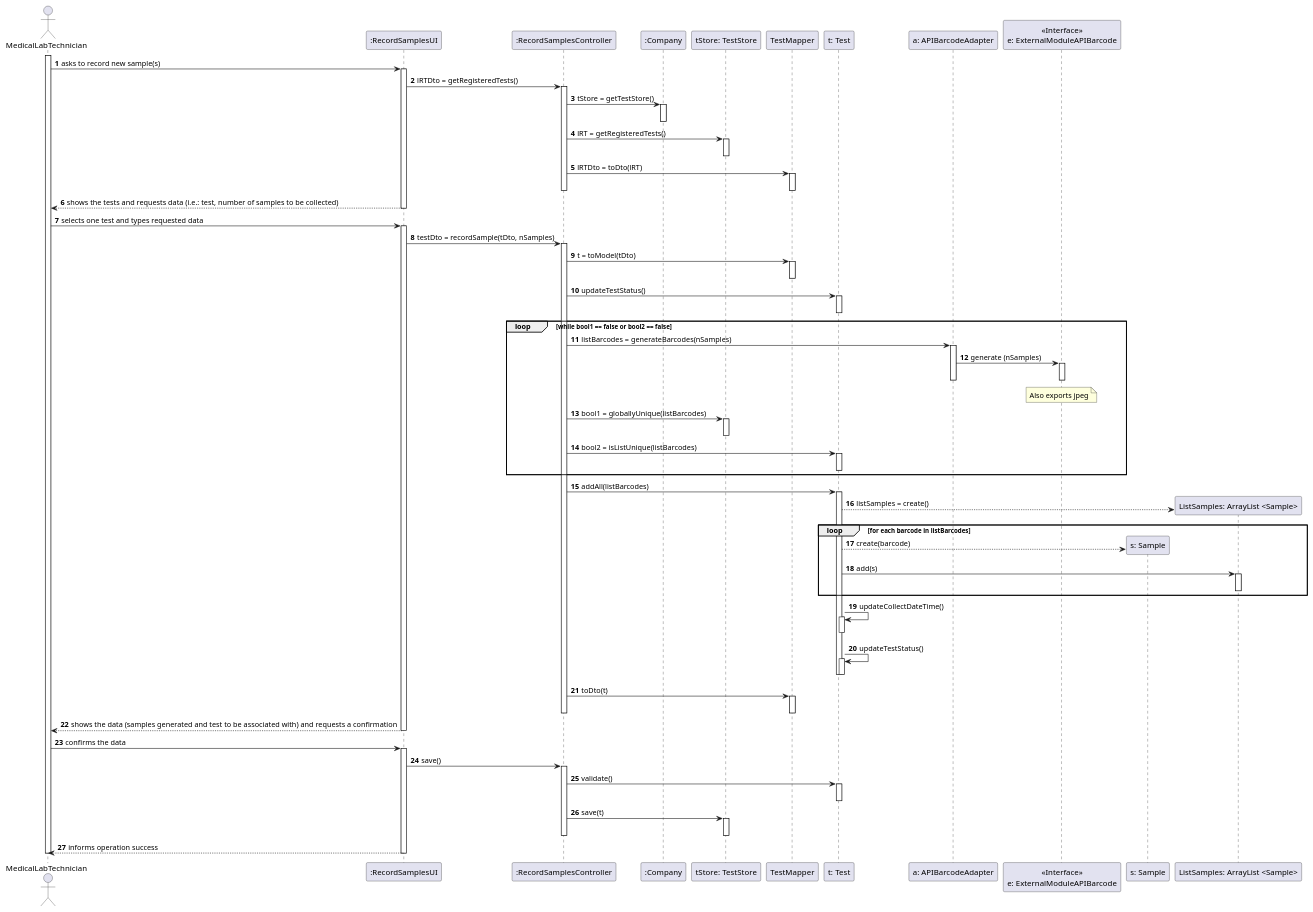
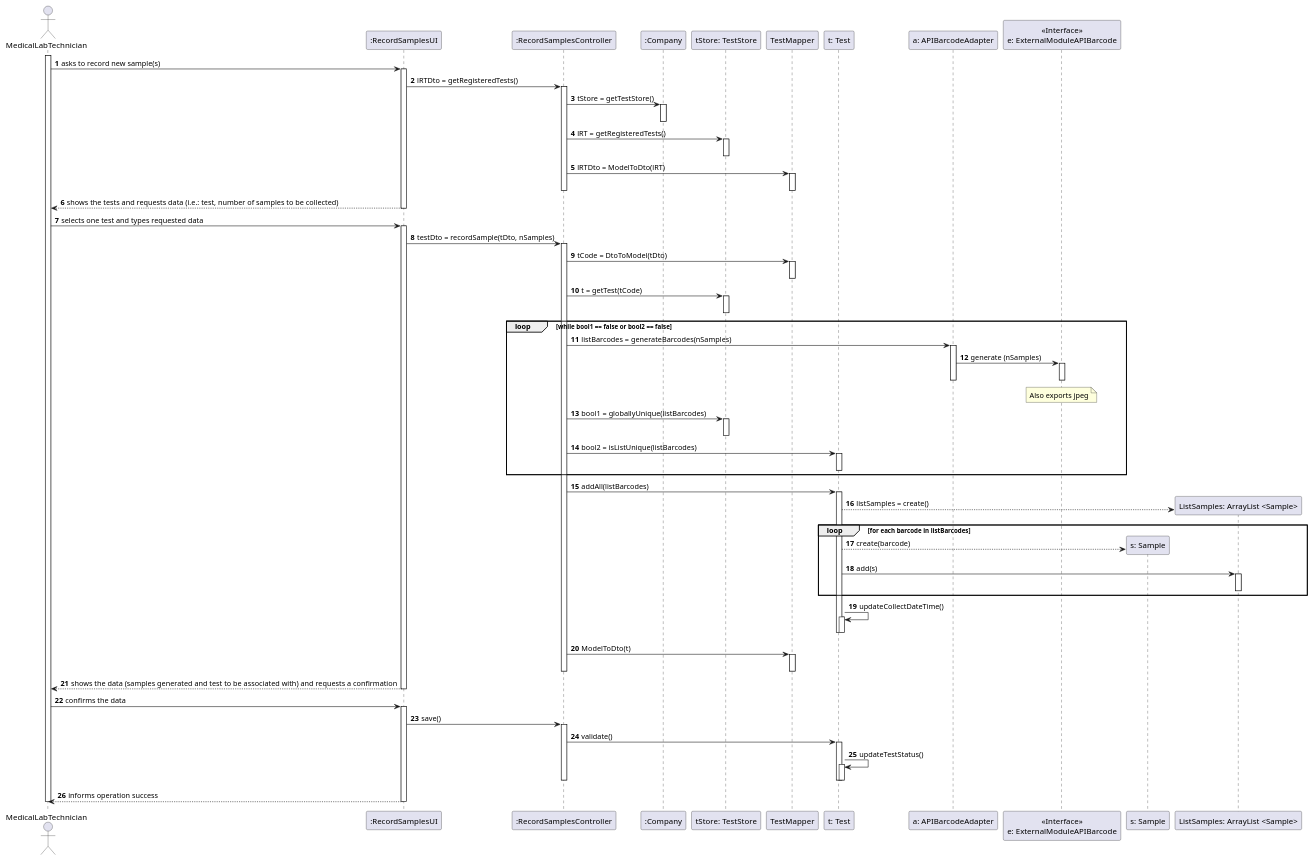
The diagram in docs/SprintC/US05/US05-SD.puml (0franciscor/lei-21-s2-1de-g19), drawn with PlantUML before and after one commit. The commit also changed 1 other file, not shown here.

```diff
--- a/docs/SprintC/US05/US05-SD.puml
+++ b/docs/SprintC/US05/US05-SD.puml
@@ -1,99 +1,97 @@
 @startuml
 'https://plantuml.com/sequence-diagram
 
 autonumber
 
 actor MedicalLabTechnician as MLT
 participant ":RecordSamplesUI" as RSUI
 participant ":RecordSamplesController" as RSC
 participant ":Company" as COMP
 participant "tStore: TestStore" as TS
 participant "TestMapper" as TM
 participant "t: Test" as T
 participant "a: APIBarcodeAdapter" as APIBA
 participant "<<Interface>>\ne: ExternalModuleAPIBarcode" as EMAPIB
 participant "s: Sample" as S
 participant "ListSamples: ArrayList <Sample>" as LS
 
 activate MLT
 MLT -> RSUI : asks to record new sample(s)
 activate RSUI
 RSUI -> RSC : lRTDto = getRegisteredTests()
 activate RSC
 RSC -> COMP : tStore = getTestStore()
 activate COMP
 deactivate COMP
 RSC -> TS : lRT = getRegisteredTests()
 activate TS
 deactivate TS
-RSC -> TM : lRTDto = toDto(lRT)
+RSC -> TM : lRTDto = ModelToDto(lRT)
 activate TM
 deactivate TM
 deactivate RSC
 RSUI --> MLT : shows the tests and requests data (i.e.: test, number of samples to be collected)
 deactivate RSUI
 
 MLT -> RSUI : selects one test and types requested data
 activate RSUI
 RSUI -> RSC : testDto = recordSample(tDto, nSamples)
 activate RSC
-RSC -> TM : t = toModel(tDto)
+RSC -> TM : tCode = DtoToModel(tDto)
 activate TM
 deactivate TM
-RSC -> T : updateTestStatus()
-activate T
-deactivate T
+RSC -> TS : t = getTest(tCode)
+activate TS
+deactivate TS
+
 loop while bool1 == false or bool2 == false
 RSC -> APIBA : listBarcodes = generateBarcodes(nSamples)
 activate APIBA
 APIBA -> EMAPIB : generate (nSamples)
 activate EMAPIB
 deactivate EMAPIB
 note over EMAPIB : Also exports jpeg
 deactivate APIBA
 RSC -> TS : bool1 = globallyUnique(listBarcodes)
 activate TS
 deactivate TS
 RSC -> T : bool2 = isListUnique(listBarcodes)
 activate T
 deactivate T
 end
 RSC -> T : addAll(listBarcodes)
 activate T
 T --> LS** : listSamples = create()
 loop for each barcode in listBarcodes
 T --> S** : create(barcode)
 T -> LS : add(s)
 activate LS
 deactivate LS
 end
 T -> T : updateCollectDateTime()
 activate T
 deactivate T
-T -> T : updateTestStatus()
-activate T
 deactivate T
-deactivate T
-RSC -> TM : toDto(t)
+RSC -> TM : ModelToDto(t)
 activate TM
 deactivate TM
 deactivate RSC
 RSUI --> MLT : shows the data (samples generated and test to be associated with) and requests a confirmation
 deactivate RSUI
 
 MLT -> RSUI : confirms the data
 activate RSUI
 RSUI -> RSC : save()
 activate RSC
 RSC -> T : validate()
 activate T
+T -> T : updateTestStatus()
+activate T
 deactivate T
-RSC -> TS : save(t)
-activate TS
-deactivate TS
+deactivate T
 deactivate RSC
 RSUI --> MLT : informs operation success
 deactivate RSUI
 
 deactivate MLT
 @enduml
```
